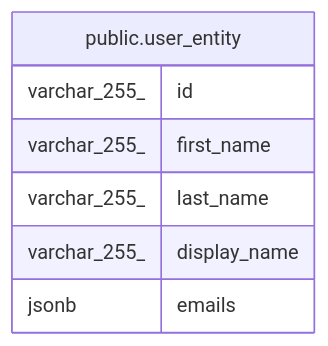
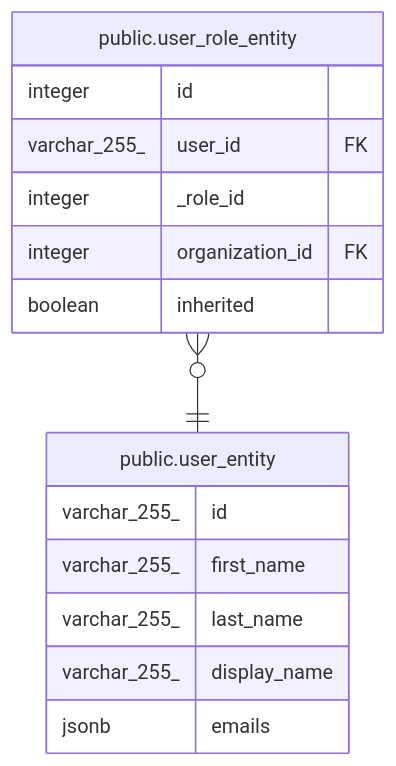
One commit to gpo/grassroots changed the diagram in doc/schema/public.user_entity.md. Above: the diagram before and after it, drawn with Mermaid. The commit also changed other lines of this file and 4 other files, not shown here.

````diff
--- a/doc/schema/public.user_entity.md
+++ b/doc/schema/public.user_entity.md
@@ -29,12 +29,20 @@
 ```mermaid
 erDiagram
 
+"public.user_role_entity" }o--|| "public.user_entity" : ""
 
 "public.user_entity" {
   varchar_255_ id
   varchar_255_ first_name
   varchar_255_ last_name
   varchar_255_ display_name
   jsonb emails
 }
+"public.user_role_entity" {
+  integer id
+  varchar_255_ user_id FK
+  integer _role_id
+  integer organization_id FK
+  boolean inherited
+}
 ```
````
